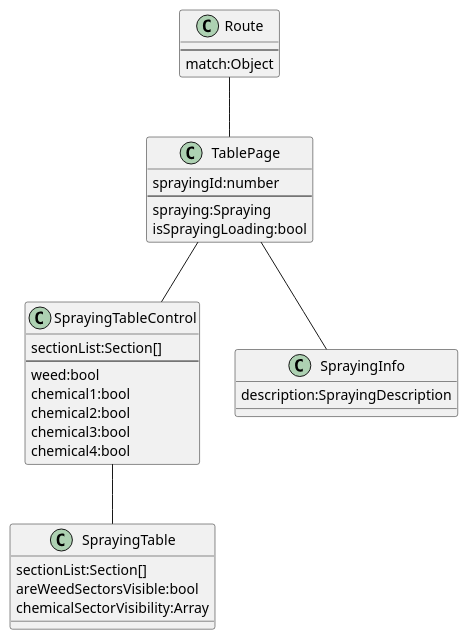
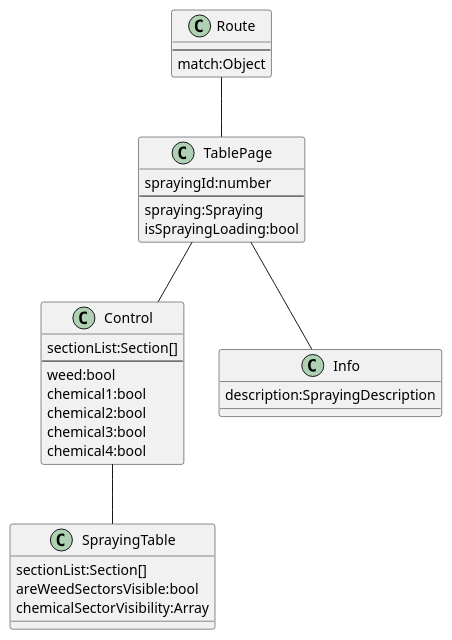
The diagram in docs/tablePage.cmp.puml (cbarsony/infested), drawn with PlantUML before and after one commit. The commit also changed 21 other files, not shown here.

```diff
--- a/docs/tablePage.cmp.puml
+++ b/docs/tablePage.cmp.puml
@@ -1,40 +1,40 @@
 @startuml
 
 class Route {
     --
     match:Object
 }
 
 class TablePage {
     sprayingId:number
     --
     spraying:Spraying
     isSprayingLoading:bool
 }
 
-class SprayingTableControl {
+class Control {
     sectionList:Section[]
     --
     weed:bool
     chemical1:bool
     chemical2:bool
     chemical3:bool
     chemical4:bool
 }
 
-class SprayingInfo {
+class Info {
     description:SprayingDescription
 }
 
 class SprayingTable {
     sectionList:Section[]
     areWeedSectorsVisible:bool
     chemicalSectorVisibility:Array
 }
 
 Route -- TablePage
-TablePage -- SprayingTableControl
-TablePage -- SprayingInfo
-SprayingTableControl -- SprayingTable
+TablePage -- Control
+TablePage -- Info
+Control -- SprayingTable
 
 @enduml
```
